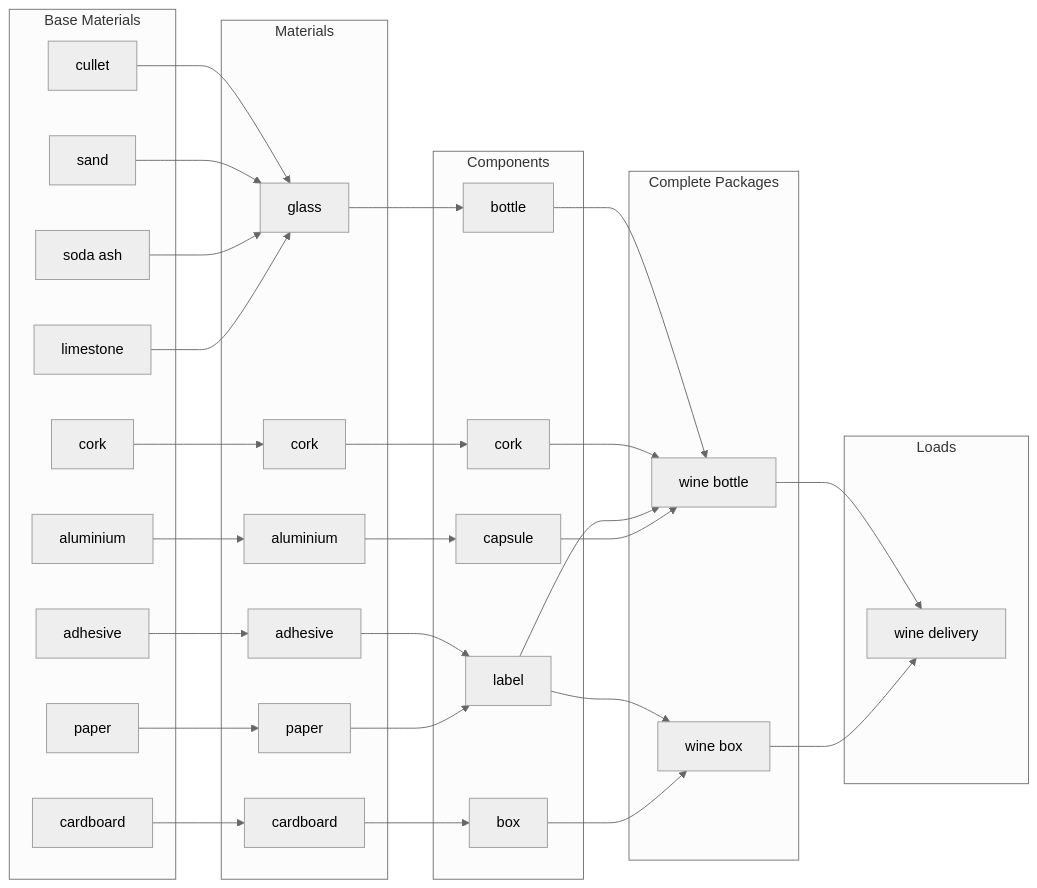
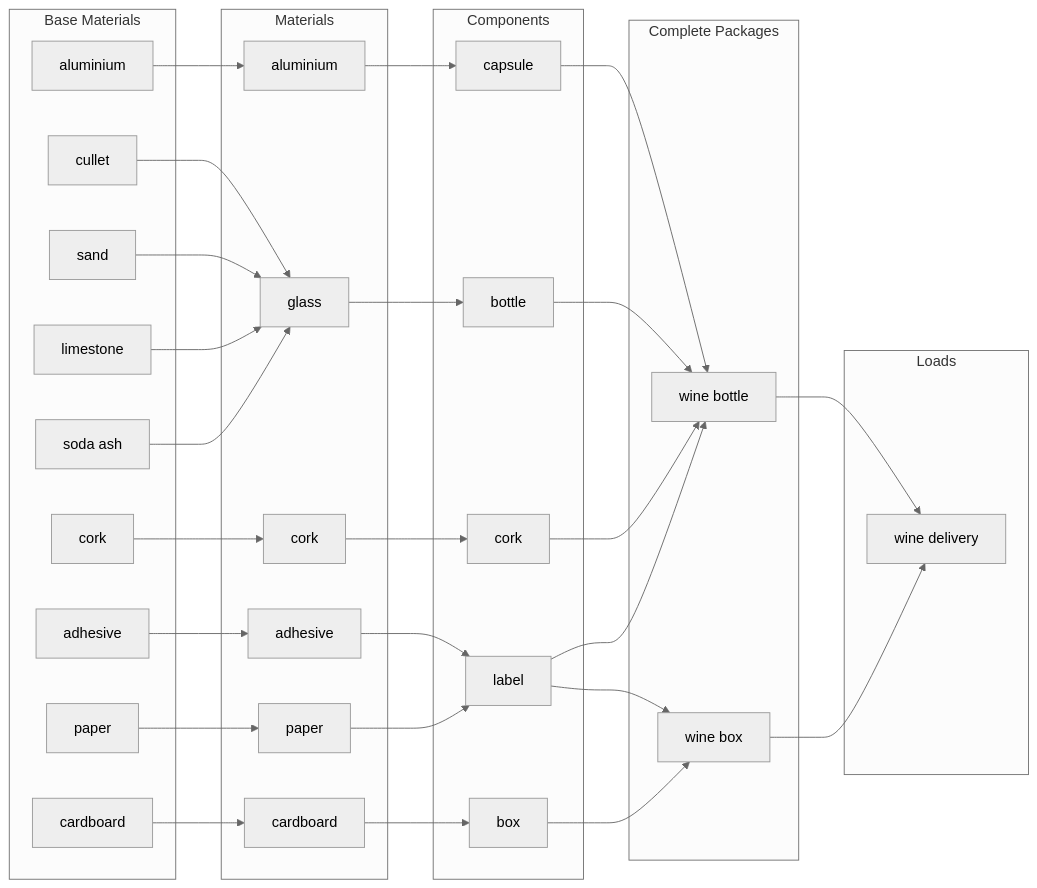
The fourth of 4 diagrams in docs/1_Start_Here/1_3_Data_Flow.md (OpenDataManchester/Open3P), drawn with Mermaid (neutral theme) before and after one commit. The commit also changed other lines of this file, not shown here.

````diff
--- a/docs/1_Start_Here/1_3_Data_Flow.md
+++ b/docs/1_Start_Here/1_3_Data_Flow.md
@@ -108,59 +108,59 @@
 ``` mermaid
 flowchart LR
     subgraph baseMaterials[Base Materials]
         bm_cardboard[cardboard]
         bm_sand[sand]
         bm_sodaAsh[soda ash]
         bm_limestone[limestone]
         bm_cullet[cullet]
         bm_aluminium[aluminium]
         bm_cork[cork]
         bm_paper[paper]
         bm_adhesive[adhesive]
     end
     subgraph materials[Materials]
         ma_cardboard[cardboard]
         ma_glass[glass]
         ma_cork[cork]
         ma_aluminium[aluminium]
         ma_paper[paper]
         ma_adhesive[adhesive]
     end
     subgraph components[Components]
         co_glassBottle[bottle]
         co_corkCork[cork]
         co_aluminiumCapsule[capsule]
         co_paperLabel[label]
         co_cardboard[box]
     end
     subgraph completePackages[Complete Packages]
         cp_wineBottle[wine bottle]
         cp_cardboardBox[wine box]
     end
     subgraph loads[Loads]
         lo_wineDelivery[wine delivery]
     end
     bm_cardboard --> ma_cardboard
     bm_cullet --> ma_glass
     bm_sand --> ma_glass
+    bm_limestone --> ma_glass
     bm_sodaAsh --> ma_glass
-    bm_limestone --> ma_glass
     bm_cork --> ma_cork
     bm_paper --> ma_paper
     bm_adhesive --> ma_adhesive
     bm_aluminium --> ma_aluminium
     ma_cardboard --> co_cardboard
     ma_glass --> co_glassBottle
     ma_cork --> co_corkCork
+    co_aluminiumCapsule  --> cp_wineBottle
     ma_aluminium --> co_aluminiumCapsule
     ma_adhesive --> co_paperLabel
     ma_paper --> co_paperLabel
     co_glassBottle --> cp_wineBottle
     co_corkCork --> cp_wineBottle
     co_paperLabel --> cp_wineBottle
     co_paperLabel --> cp_cardboardBox
-    co_aluminiumCapsule  --> cp_wineBottle
     co_cardboard --> cp_cardboardBox
     cp_wineBottle --> lo_wineDelivery
     cp_cardboardBox --> lo_wineDelivery
 ```
````
